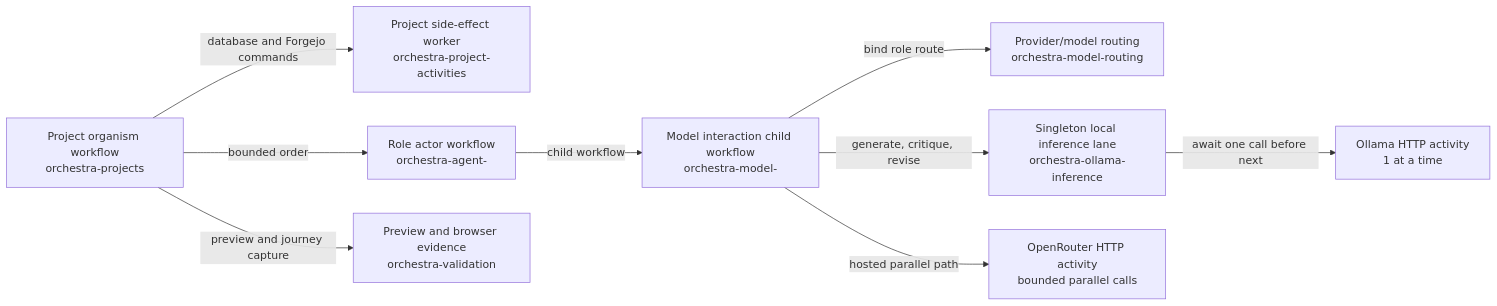
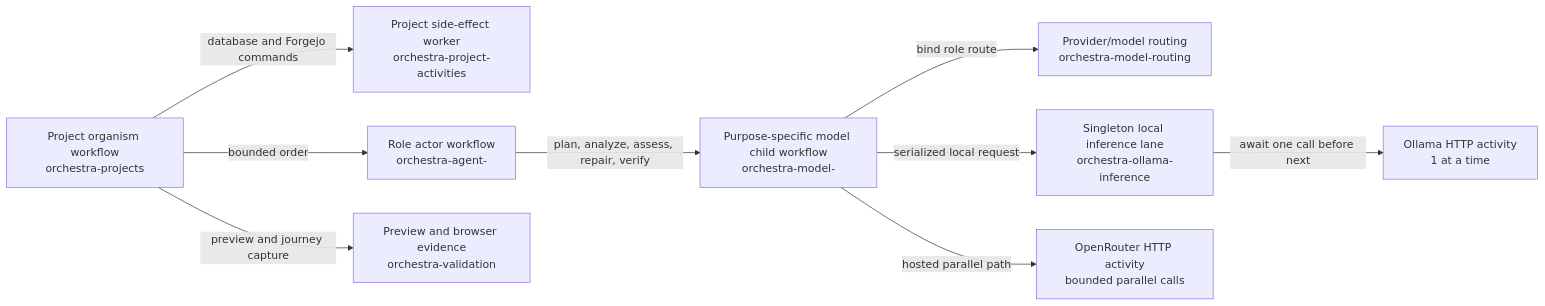
One commit to saberistic-team/orchestra changed the diagram in docs/WORKER_TOPOLOGY.md. Above: the diagram before and after it, drawn with Mermaid. The commit also changed other lines of this file and 76 other files, not shown here.

````diff
--- a/docs/WORKER_TOPOLOGY.md
+++ b/docs/WORKER_TOPOLOGY.md
@@ -5,21 +5,21 @@
 ```mermaid
 flowchart LR
   project["Project organism workflow\norchestra-projects"]
   activity["Project side-effect worker\norchestra-project-activities"]
   agent["Role actor workflow\norchestra-agent-<role>"]
-  brain["Model interaction child workflow\norchestra-model-<role>"]
+  brain["Purpose-specific model child workflow\norchestra-model-<role>"]
   routing["Provider/model routing\norchestra-model-routing"]
   lane["Singleton local inference lane\norchestra-ollama-inference"]
   ollama["Ollama HTTP activity\n1 at a time"]
   openrouter["OpenRouter HTTP activity\nbounded parallel calls"]
   validation["Preview and browser evidence\norchestra-validation"]
 
   project -->|database and Forgejo commands| activity
   project -->|bounded order| agent
-  agent -->|child workflow| brain
+  agent -->|plan, analyze, assess, repair, verify| brain
   brain -->|bind role route| routing
-  brain -->|generate, critique, revise| lane
+  brain -->|serialized local request| lane
   brain -->|hosted parallel path| openrouter
   lane -->|await one call before next| ollama
   project -->|preview and journey capture| validation
 ```
````
